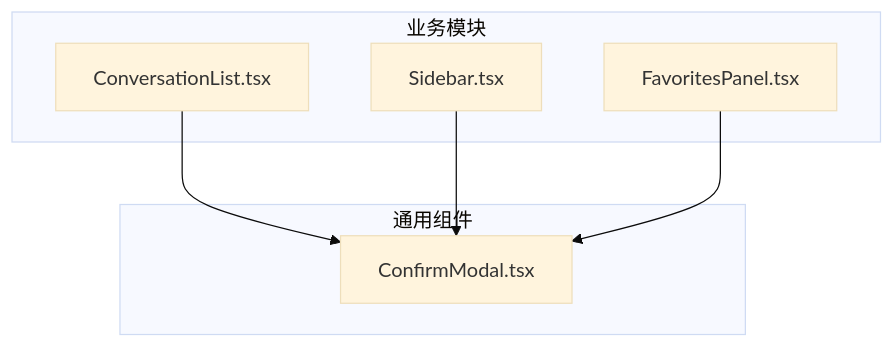
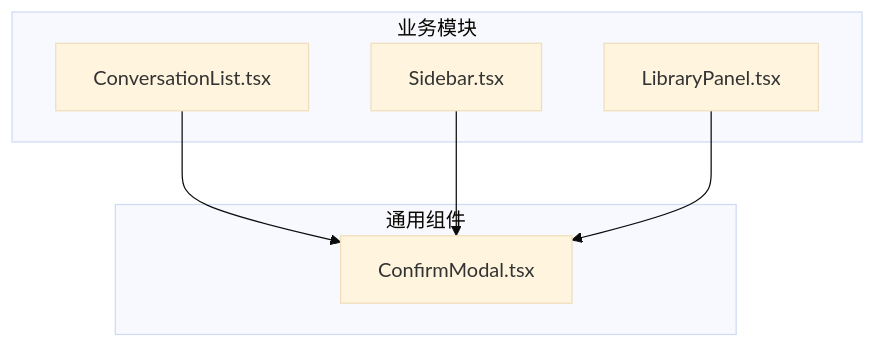
The first of 3 diagrams in .qoder/repowiki/zh/content/核心组件/确认模态框 ConfirmModal.md (billye220670/AIShop), drawn with Mermaid (base theme) before and after one commit. The commit also changed other lines of this file and 99 other files, not shown here.

````diff
--- a/.qoder/repowiki/zh/content/核心组件/确认模态框 ConfirmModal.md
+++ b/.qoder/repowiki/zh/content/核心组件/确认模态框 ConfirmModal.md
@@ -38,14 +38,14 @@
 ```mermaid
 graph TB
 subgraph "通用组件"
 CM["ConfirmModal.tsx"]
 end
 subgraph "业务模块"
 CL["ConversationList.tsx"]
 SB["Sidebar.tsx"]
-FP["FavoritesPanel.tsx"]
+FP["LibraryPanel.tsx"]
 end
 CL --> CM
 SB --> CM
 FP --> CM
 ```
````
